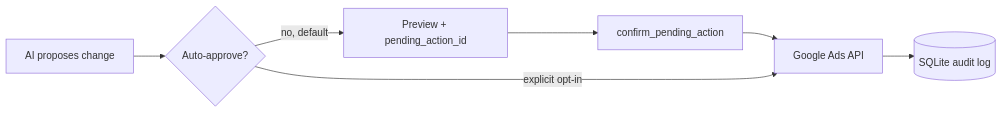
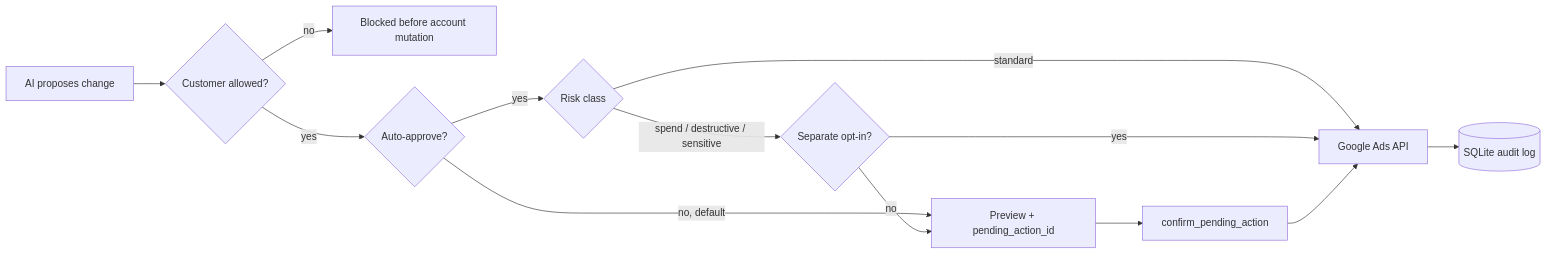
The diagram in README.md (akelaonline/MCP-Google-Ads), drawn with Mermaid before and after one commit. The commit also changed other lines of this file, not shown here.

````diff
--- a/README.md
+++ b/README.md
@@ -83,9 +108,15 @@
 ```mermaid
 flowchart LR
-    A[AI proposes change] --> B{Auto-approve?}
+    A[AI proposes change] --> S{Customer allowed?}
+    S -- no --> X[Blocked before account mutation]
+    S -- yes --> B{Auto-approve?}
     B -- no, default --> C[Preview + pending_action_id]
+    B -- yes --> R{Risk class}
+    R -- standard --> E[Google Ads API]
+    R -- spend / destructive / sensitive --> H{Separate opt-in?}
+    H -- no --> C
+    H -- yes --> E
     C --> D[confirm_pending_action]
-    D --> E[Google Ads API]
-    B -- explicit opt-in --> E
+    D --> E
     E --> F[(SQLite audit log)]
 ```
````
